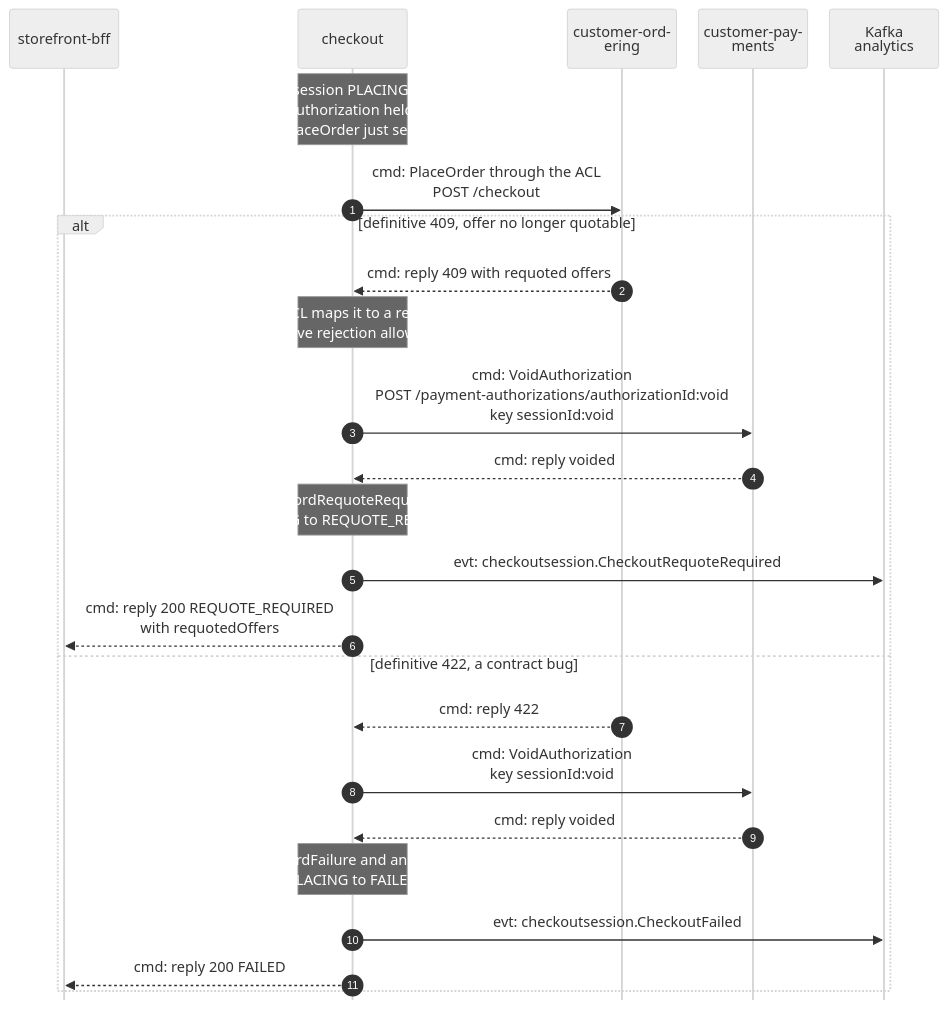
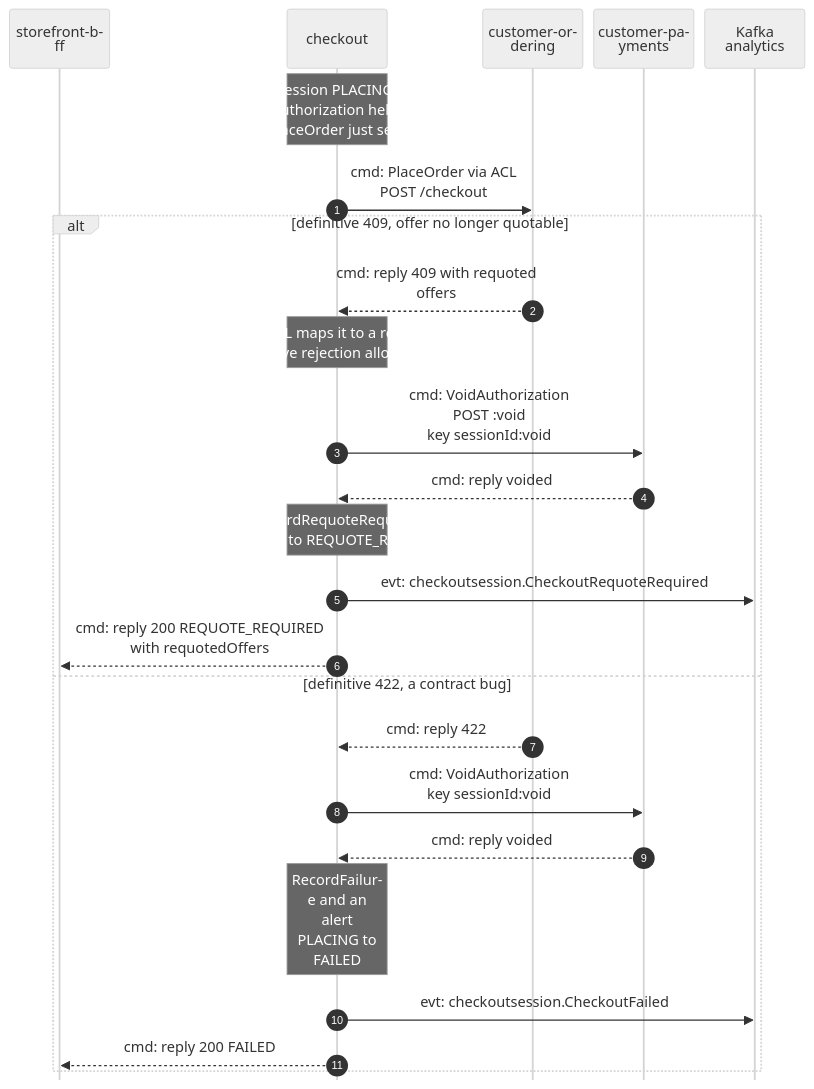
The fourth of 5 diagrams in storefront/docs/contexts/checkout/domain-message-flow.md (IQVO/warehouse-docs), drawn with Mermaid (neutral theme) before and after one commit. The commit also changed other lines of this file and 1 other file, not shown here.

Commit message:
docs(storefront): checkout pack diagram widths

````diff
--- a/storefront/docs/contexts/checkout/domain-message-flow.md
+++ b/storefront/docs/contexts/checkout/domain-message-flow.md
@@ -142,28 +142,28 @@
 ```mermaid
-%%{init: {"sequence": {"wrap": true, "width": 120, "actorMargin": 24, "messageMargin": 28, "boxMargin": 6, "noteMargin": 6, "mirrorActors": false}}}%%
+%%{init: {"sequence": {"wrap": true, "width": 110, "actorMargin": 12, "messageMargin": 28, "boxMargin": 6, "noteMargin": 6, "mirrorActors": false}}}%%
 sequenceDiagram
     autonumber
     participant BFF as storefront-bff
     participant CK as checkout
     participant CO as customer-ordering
     participant CP as customer-payments
     participant K as Kafka analytics
     Note over CK: session PLACING,<br/>authorization held,<br/>PlaceOrder just sent
-    CK->>CO: cmd: PlaceOrder through the ACL<br/>POST /checkout
+    CK->>CO: cmd: PlaceOrder via ACL<br/>POST /checkout
     alt definitive 409, offer no longer quotable
         CO-->>CK: cmd: reply 409 with requoted offers
         Note over CK: the ACL maps it to a requote<br/>a definitive rejection allows a void
-        CK->>CP: cmd: VoidAuthorization<br/>POST /payment-authorizations/authorizationId:void<br/>key sessionId:void
+        CK->>CP: cmd: VoidAuthorization<br/>POST :void<br/>key sessionId:void
         CP-->>CK: cmd: reply voided
         Note over CK: RecordRequoteRequired<br/>PLACING to REQUOTE_REQUIRED
         CK->>K: evt: checkoutsession.CheckoutRequoteRequired
         CK-->>BFF: cmd: reply 200 REQUOTE_REQUIRED<br/>with requotedOffers
     else definitive 422, a contract bug
         CO-->>CK: cmd: reply 422
         CK->>CP: cmd: VoidAuthorization<br/>key sessionId:void
         CP-->>CK: cmd: reply voided
         Note over CK: RecordFailure and an alert<br/>PLACING to FAILED
         CK->>K: evt: checkoutsession.CheckoutFailed
         CK-->>BFF: cmd: reply 200 FAILED
     end
 ```
````
